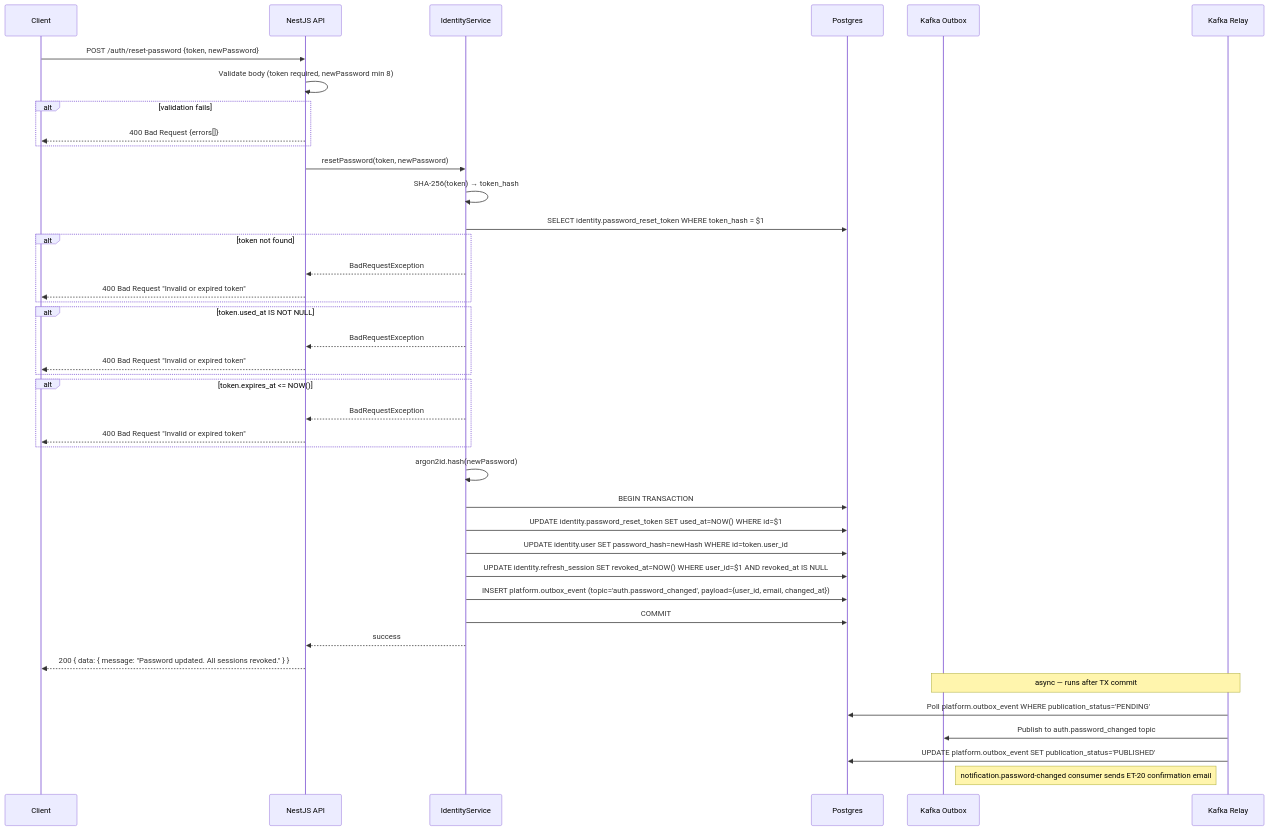
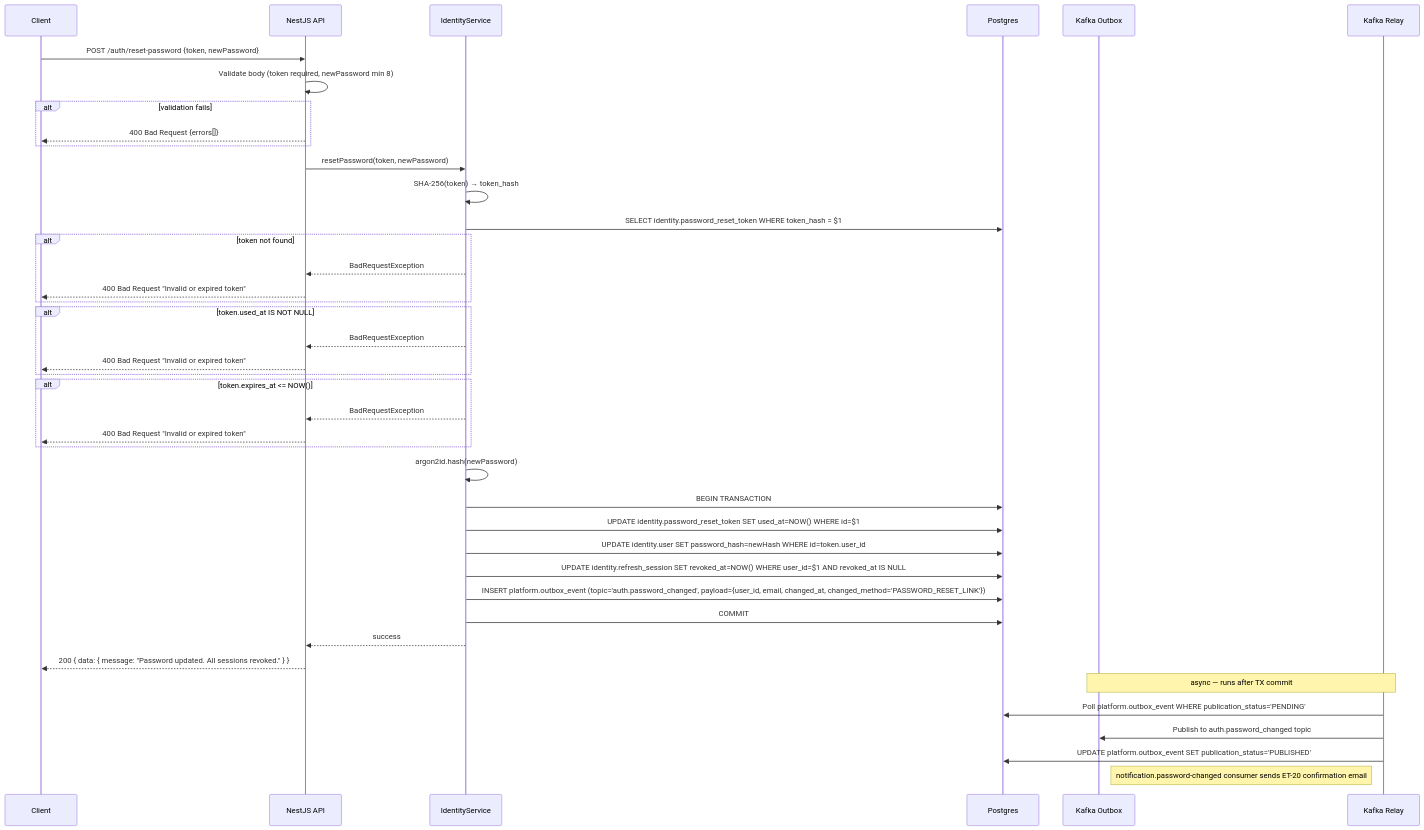
One commit to alisa-uthi/aliceut-ecom-document changed the ninth of 13 diagrams in phase-1/technical-design/api-design/auth.md. Above: the diagram before and after it, drawn with Mermaid. The commit also changed other lines of this file and 4 other files, not shown here.

````diff
--- a/phase-1/technical-design/api-design/auth.md
+++ b/phase-1/technical-design/api-design/auth.md
@@ -574,53 +574,53 @@
 ```mermaid
 sequenceDiagram
     participant C as Client
     participant A as NestJS API
     participant IS as IdentityService
     participant PG as Postgres
     participant KO as Kafka Outbox
     participant KR as Kafka Relay
 
     C->>A: POST /auth/reset-password {token, newPassword}
 
     A->>A: Validate body (token required, newPassword min 8)
     alt validation fails
         A-->>C: 400 Bad Request {errors[]}
     end
 
     A->>IS: resetPassword(token, newPassword)
     IS->>IS: SHA-256(token) → token_hash
     IS->>PG: SELECT identity.password_reset_token WHERE token_hash = $1
 
     alt token not found
         IS-->>A: BadRequestException
         A-->>C: 400 Bad Request "Invalid or expired token"
     end
 
     alt token.used_at IS NOT NULL
         IS-->>A: BadRequestException
         A-->>C: 400 Bad Request "Invalid or expired token"
     end
 
     alt token.expires_at <= NOW()
         IS-->>A: BadRequestException
         A-->>C: 400 Bad Request "Invalid or expired token"
     end
 
     IS->>IS: argon2id.hash(newPassword)
 
     IS->>PG: BEGIN TRANSACTION
     IS->>PG: UPDATE identity.password_reset_token SET used_at=NOW() WHERE id=$1
     IS->>PG: UPDATE identity.user SET password_hash=newHash WHERE id=token.user_id
     IS->>PG: UPDATE identity.refresh_session SET revoked_at=NOW() WHERE user_id=$1 AND revoked_at IS NULL
-    IS->>PG: INSERT platform.outbox_event (topic='auth.password_changed', payload={user_id, email, changed_at})
+    IS->>PG: INSERT platform.outbox_event (topic='auth.password_changed', payload={user_id, email, changed_at, changed_method='PASSWORD_RESET_LINK'})
     IS->>PG: COMMIT
 
     IS-->>A: success
     A-->>C: 200 { data: { message: "Password updated. All sessions revoked." } }
 
     Note over KO,KR: async — runs after TX commit
     KR->>PG: Poll platform.outbox_event WHERE publication_status='PENDING'
     KR->>KO: Publish to auth.password_changed topic
     KR->>PG: UPDATE platform.outbox_event SET publication_status='PUBLISHED'
     Note right of KO: notification.password-changed consumer sends ET-20 confirmation email
 ```
````
